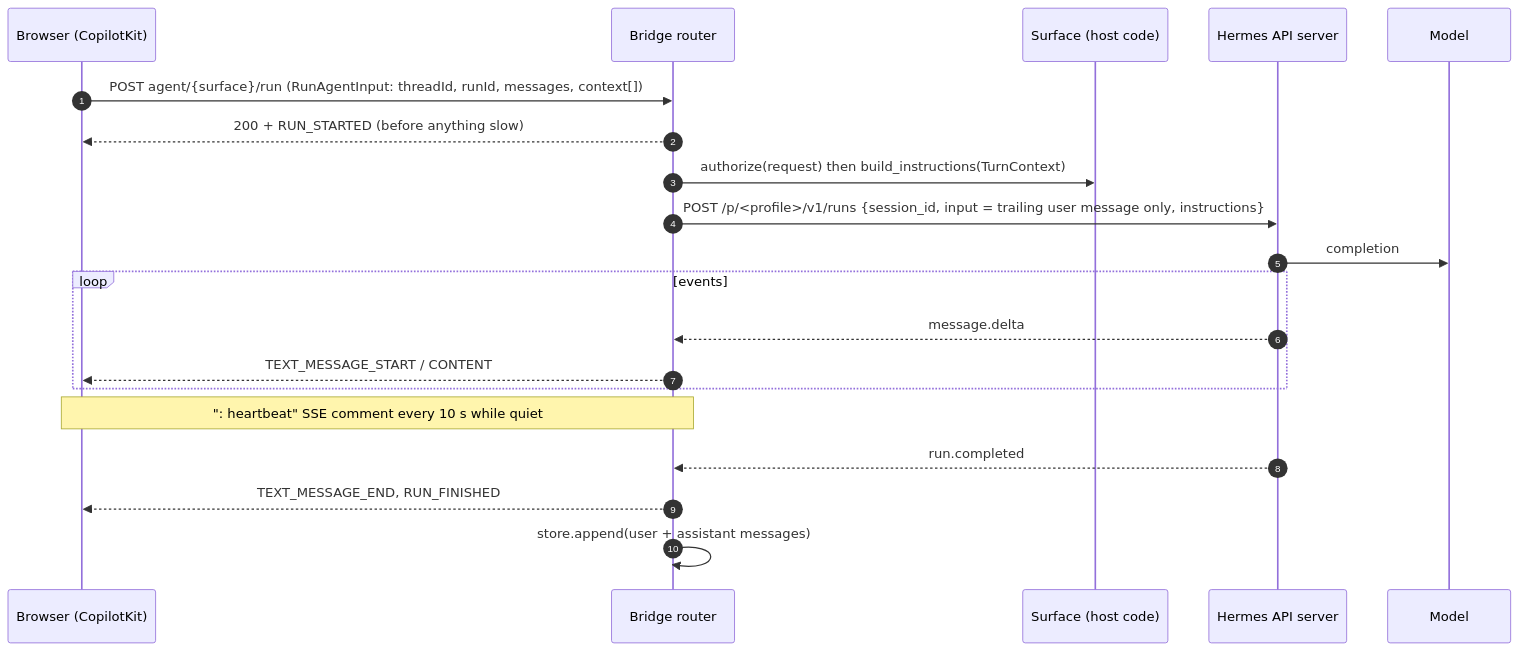
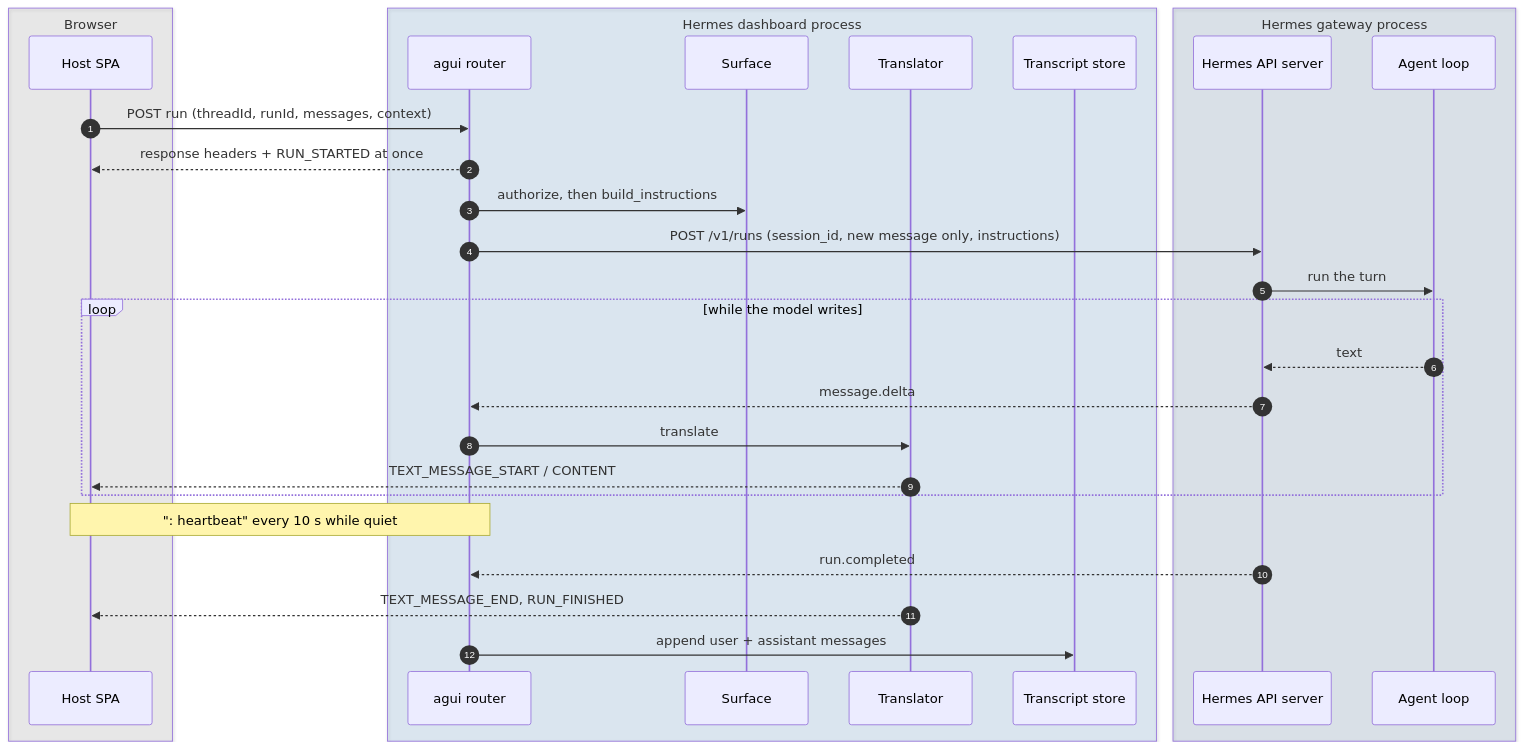
The fourth of 9 diagrams in ARCHITECTURE.md (ejlevin1/hermes-agui), drawn with Mermaid before and after one commit. The commit also changed other lines of this file, not shown here.

Commit message:
docs: readable architecture diagrams (C4 as flowcharts with runtime kinds, consistent names, process boxes in sequences)

````diff
--- a/ARCHITECTURE.md
+++ b/ARCHITECTURE.md
@@ -122,23 +159,33 @@
 ```mermaid
 sequenceDiagram
   autonumber
-  participant B as Browser (CopilotKit)
-  participant R as Bridge router
-  participant S as Surface (host code)
-  participant H as Hermes API server
-  participant M as Model
+  box rgba(120,120,120,0.12) Browser
+    participant SPA as Host SPA
+  end
+  box rgba(17,104,189,0.12) Hermes dashboard process
+    participant RT as agui router
+    participant SF as Surface
+    participant TR as Translator
+    participant TS as Transcript store
+  end
+  box rgba(8,66,123,0.12) Hermes gateway process
+    participant API as Hermes API server
+    participant AG as Agent loop
+  end
 
-  B->>R: POST agent/{surface}/run (RunAgentInput: threadId, runId, messages, context[])
-  R-->>B: 200 + RUN_STARTED (before anything slow)
-  R->>S: authorize(request) then build_instructions(TurnContext)
-  R->>H: POST /p/<profile>/v1/runs {session_id, input = trailing user message only, instructions}
-  H->>M: completion
-  loop events
-    H-->>R: message.delta
-    R-->>B: TEXT_MESSAGE_START / CONTENT
+  SPA->>RT: POST run (threadId, runId, messages, context)
+  RT-->>SPA: response headers + RUN_STARTED at once
+  RT->>SF: authorize, then build_instructions
+  RT->>API: POST /v1/runs (session_id, new message only, instructions)
+  API->>AG: run the turn
+  loop while the model writes
+    AG-->>API: text
+    API-->>RT: message.delta
+    RT->>TR: translate
+    TR-->>SPA: TEXT_MESSAGE_START / CONTENT
   end
-  Note over R,B: ": heartbeat" SSE comment every 10 s while quiet
-  H-->>R: run.completed
-  R-->>B: TEXT_MESSAGE_END, RUN_FINISHED
-  R->>R: store.append(user + assistant messages)
+  Note over RT,SPA: ": heartbeat" every 10 s while quiet
+  API-->>RT: run.completed
+  TR-->>SPA: TEXT_MESSAGE_END, RUN_FINISHED
+  RT->>TS: append user + assistant messages
 ```
````
